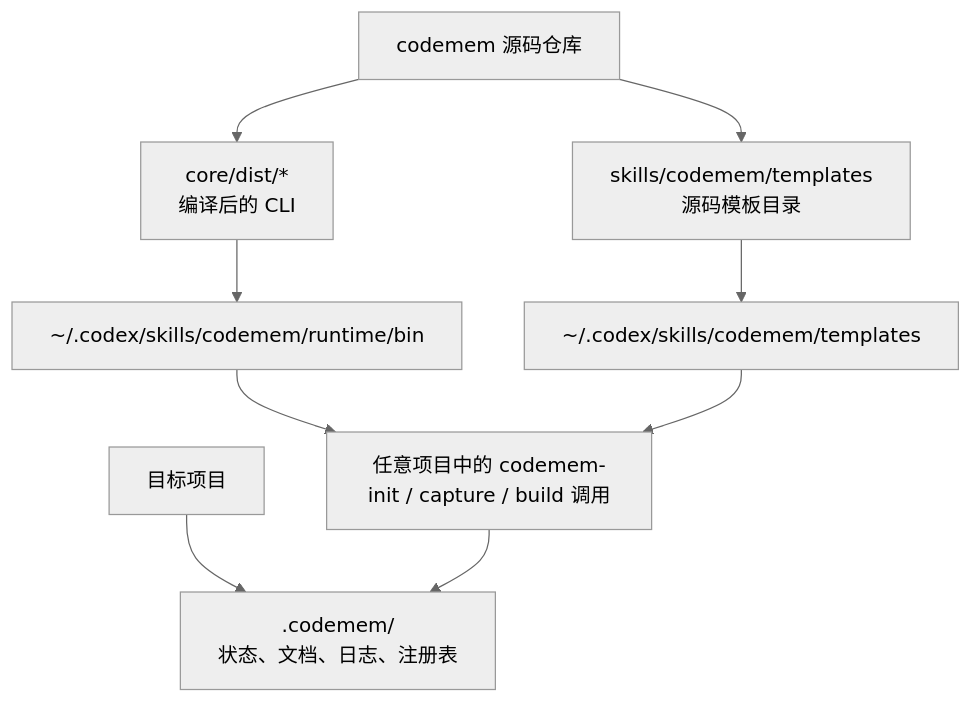
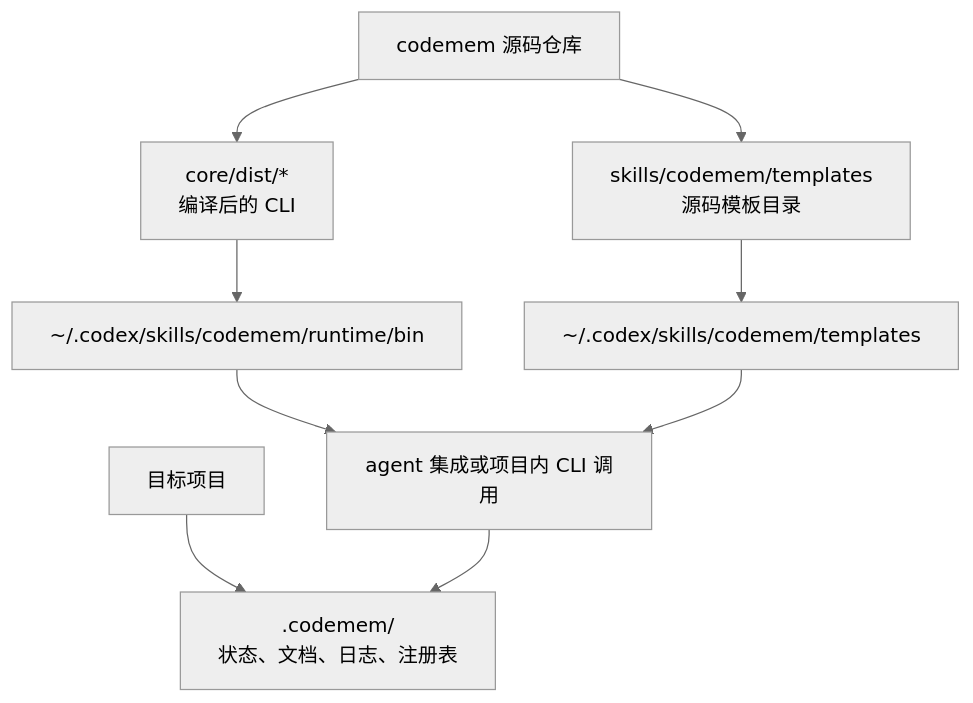
One commit to fzf926/codemem changed the diagram in README.md. Above: the diagram before and after it, drawn with Mermaid (neutral theme). The commit also changed other lines of this file and 43 other files, not shown here.

````diff
--- a/README.md
+++ b/README.md
@@ -15,11 +14,11 @@
 ```mermaid
 flowchart TD
   A["codemem 源码仓库"] --> B["skills/codemem/templates<br/>源码模板目录"]
   A --> C["core/dist/*<br/>编译后的 CLI"]
   C --> D["~/.codex/skills/codemem/runtime/bin"]
   B --> E["~/.codex/skills/codemem/templates"]
-  D --> F["任意项目中的 codemem-init / capture / build 调用"]
+  D --> F["agent 集成或项目内 CLI 调用"]
   E --> F
   G["目标项目"] --> H[".codemem/<br/>状态、文档、日志、注册表"]
   F --> H
 ```
````
